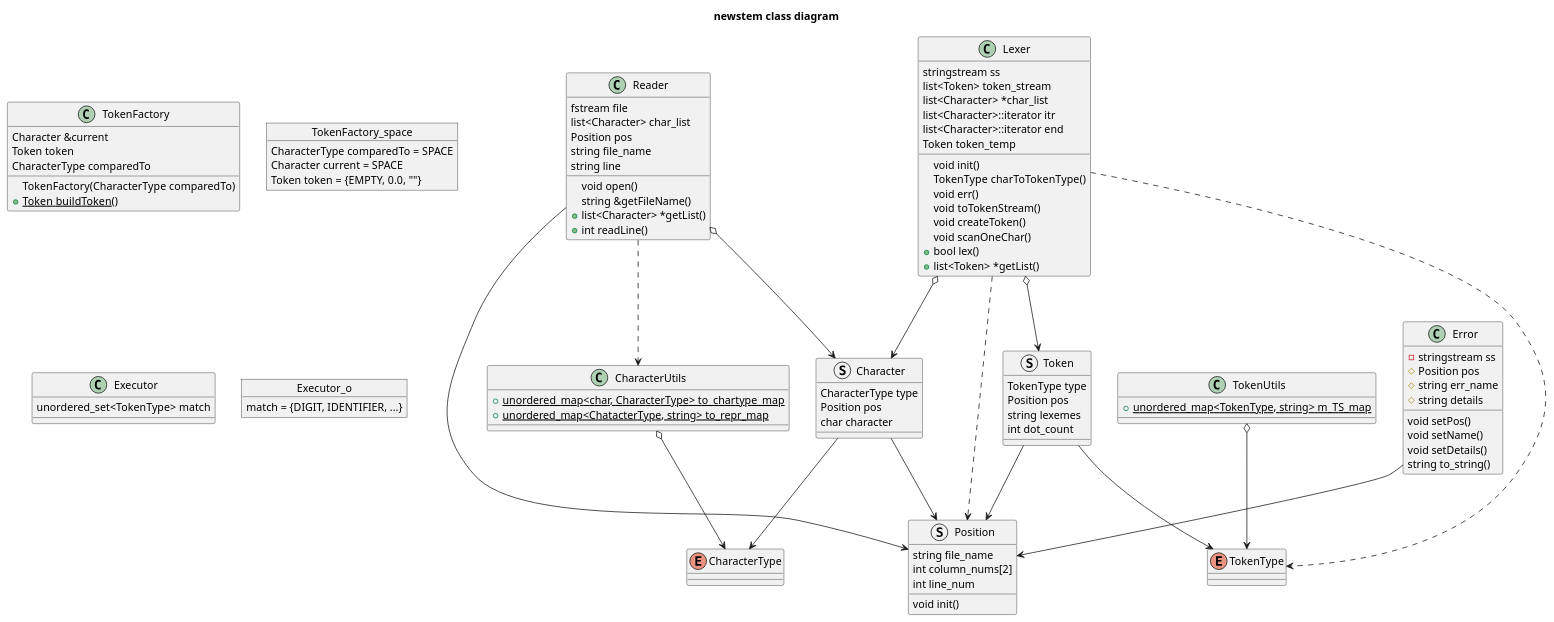
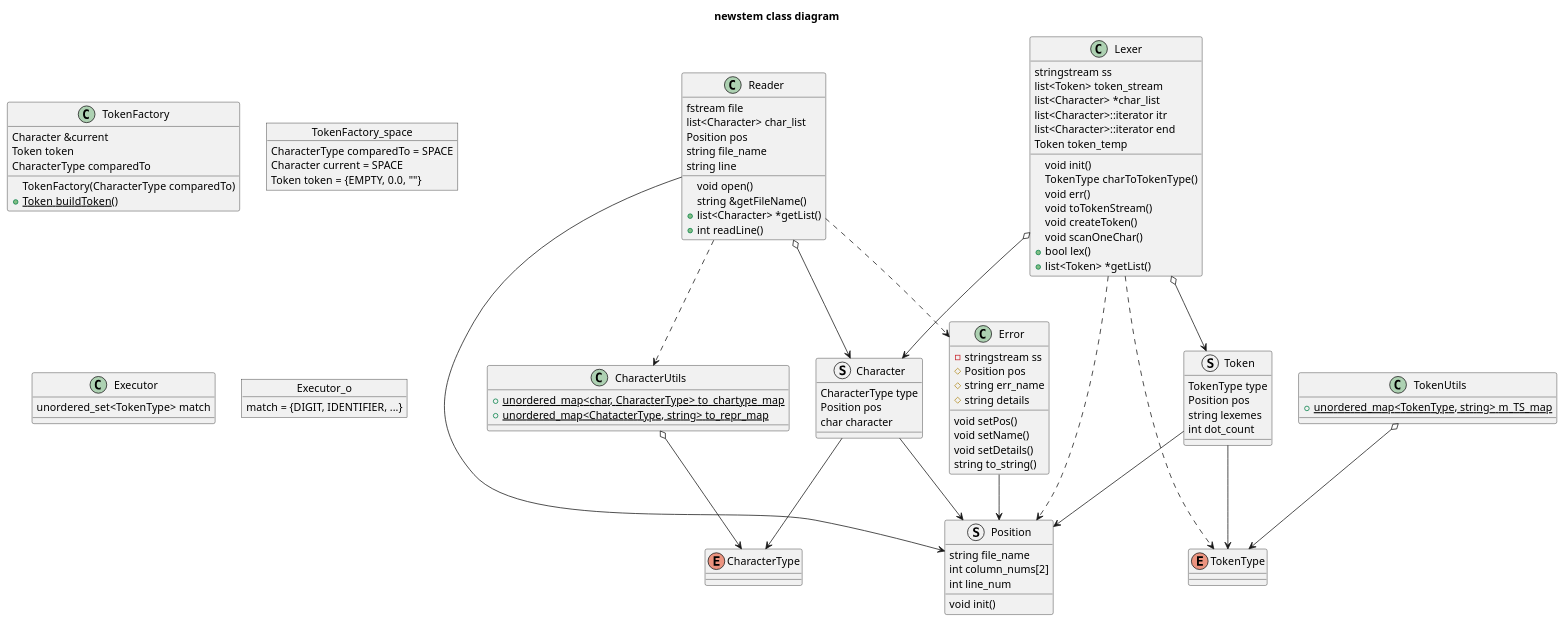
Before and after one commit to CSaintos/Mua: the second of 2 diagrams in .devcontainer/stem.md, drawn with PlantUML. The commit also changed 11 other files, not shown here.

Commit message:
Add Error checking to Reader

```diff
--- a/.devcontainer/stem.md
+++ b/.devcontainer/stem.md
@@ -235,6 +235,7 @@
 Reader o--> Character
 Reader --> Position
 Reader ..> CharacterUtils
+Reader ..> Error
 enum TokenType
 struct Token {
 TokenType type
```
